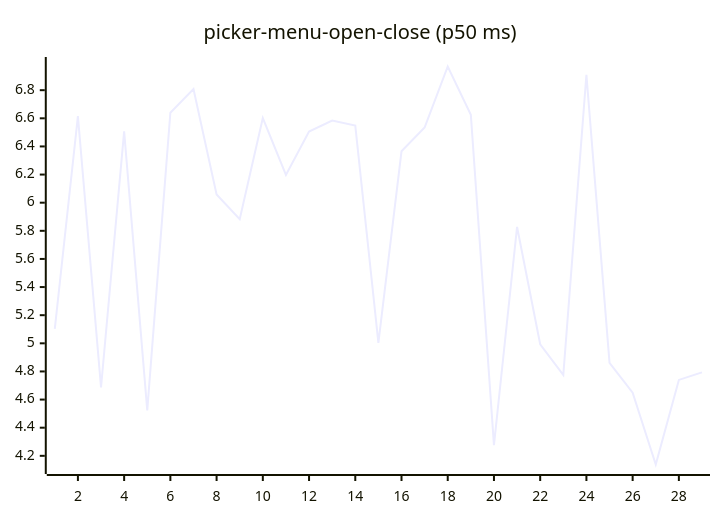
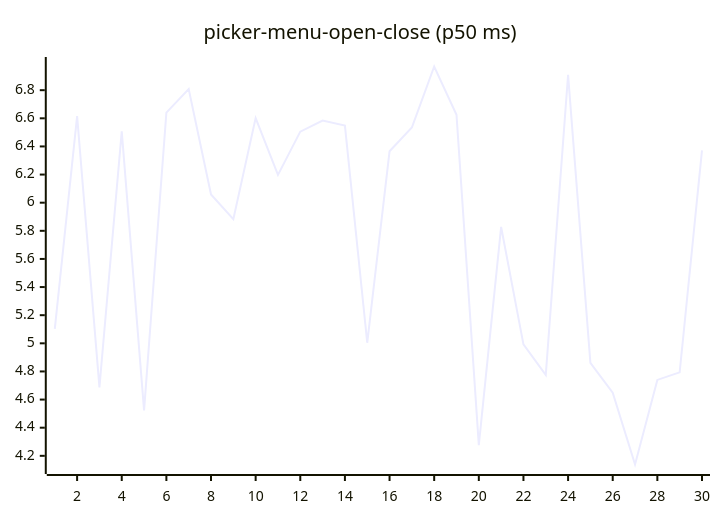
One commit to josha/Facet changed diagram 16 of 27 in README.md. Above: the diagram before and after it, drawn with Mermaid. The commit also changed other lines of this file and 2 other files, not shown here.

````diff
--- a/README.md
+++ b/README.md
@@ -168,6 +168,6 @@
 ```mermaid
 xychart-beta
     title "picker-menu-open-close (p50 ms)"
-    x-axis 1 --> 29
-    line [5.1020, 6.6154, 4.6873, 6.5076, 4.5232, 6.6400, 6.8077, 6.0581, 5.8829, 6.6018, 6.1978, 6.5053, 6.5840, 6.5483, 5.0039, 6.3653, 6.5343, 6.9684, 6.6249, 4.2762, 5.8275, 4.9929, 4.7749, 6.9094, 4.8605, 4.6493, 4.1383, 4.7397, 4.7934]
+    x-axis 1 --> 30
+    line [5.1020, 6.6154, 4.6873, 6.5076, 4.5232, 6.6400, 6.8077, 6.0581, 5.8829, 6.6018, 6.1978, 6.5053, 6.5840, 6.5483, 5.0039, 6.3653, 6.5343, 6.9684, 6.6249, 4.2762, 5.8275, 4.9929, 4.7749, 6.9094, 4.8605, 4.6493, 4.1383, 4.7397, 4.7934, 6.3713]
 ```
````
